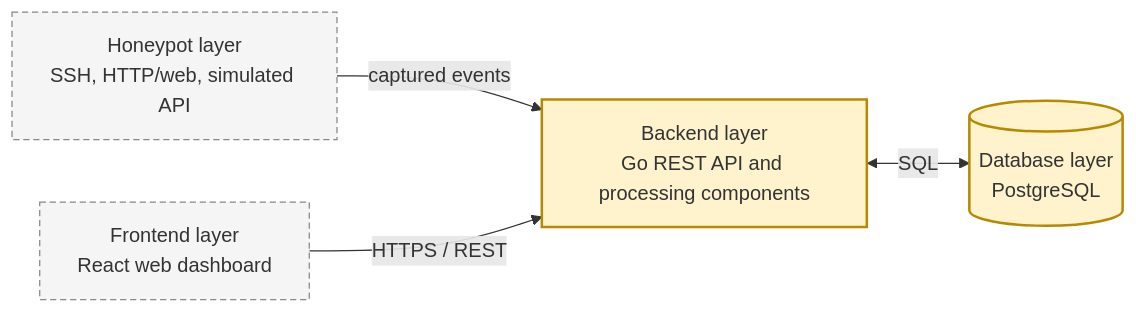
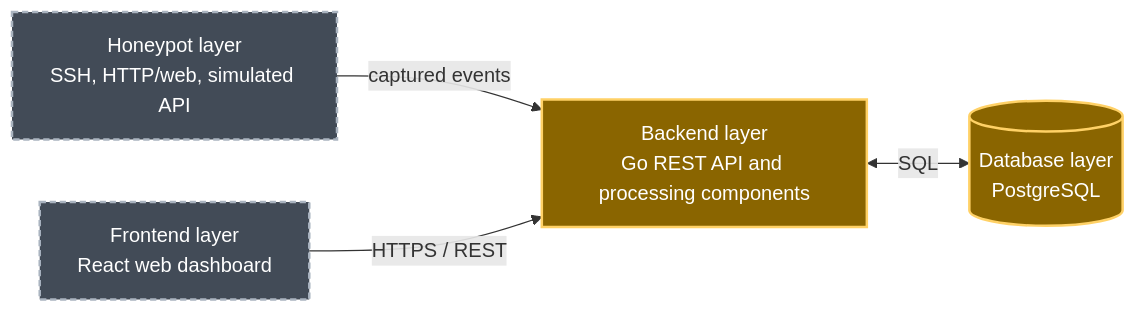
One commit to El-Dorado26/hive-honeypot-network changed the first of 3 diagrams in docs/design/arch/architecture.md. Above: the diagram before and after it, drawn with Mermaid. The commit also changed other lines of this file, not shown here.

First line of the commit message:
Enhance diagram styles in architecture.md

````diff
--- a/docs/design/arch/architecture.md
+++ b/docs/design/arch/architecture.md
@@ -40,16 +40,19 @@
 ```mermaid
+
 flowchart LR
     HP["Honeypot layer<br/>SSH, HTTP/web, simulated API"]
     FE["Frontend layer<br/>React web dashboard"]
     BE["Backend layer<br/>Go REST API and processing components"]
     DB[("Database layer<br/>PostgreSQL")]
 
     HP -->|"captured events"| BE
     FE -->|"HTTPS / REST"| BE
     BE <-->|"SQL"| DB
 
-    classDef partial fill:#fff3cd,stroke:#b58900,stroke-width:2px
-    classDef planned fill:#f5f5f5,stroke:#888888,stroke-dasharray:5 3
+    classDef partial fill:#8A6500,stroke:#FFD166,color:#FFFFFF,stroke-width:2px
+    classDef planned fill:#424B57,stroke:#AAB4C0,color:#FFFFFF,stroke-width:2px,stroke-dasharray:5 3
+
     class BE,DB partial
     class HP,FE planned
+
 ```
````
